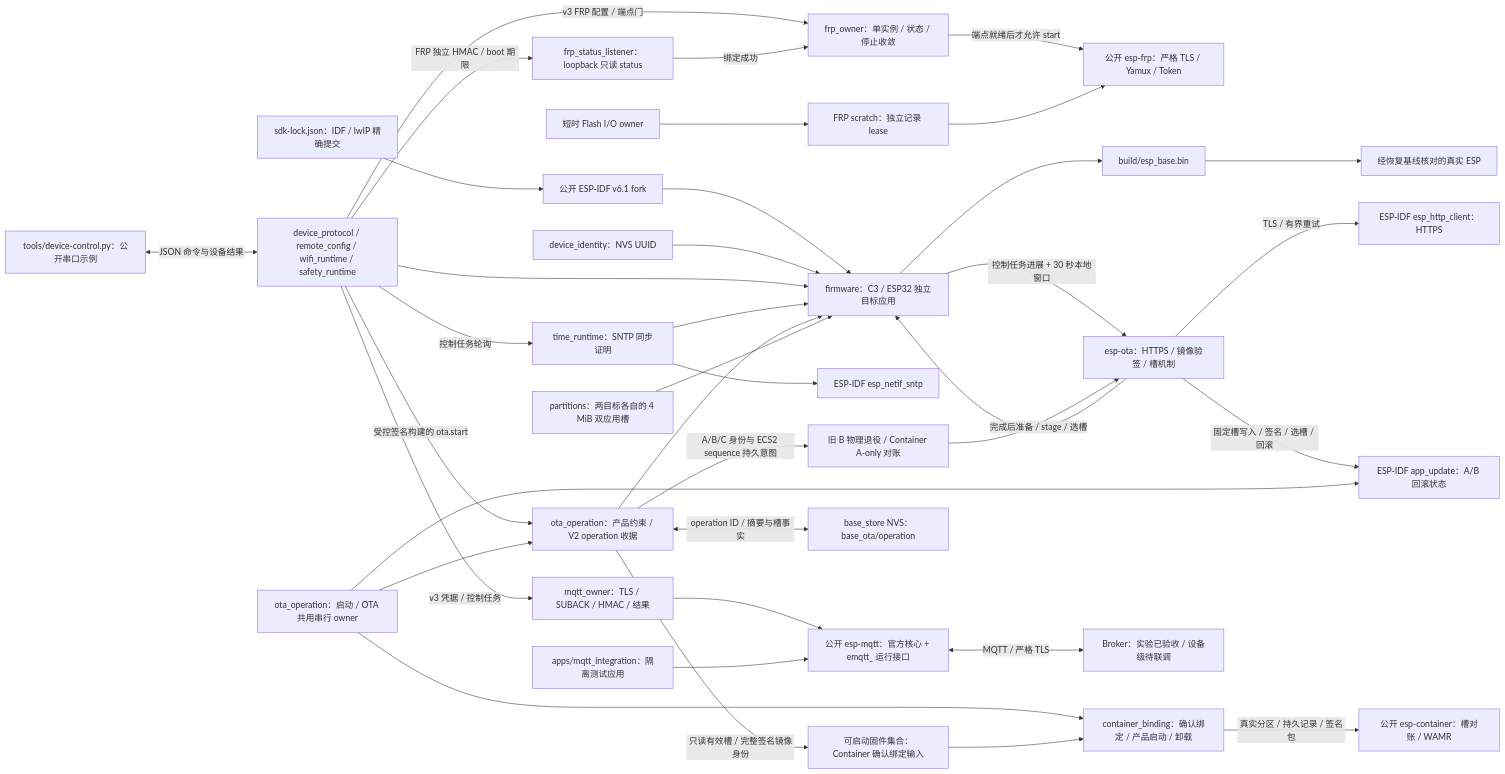
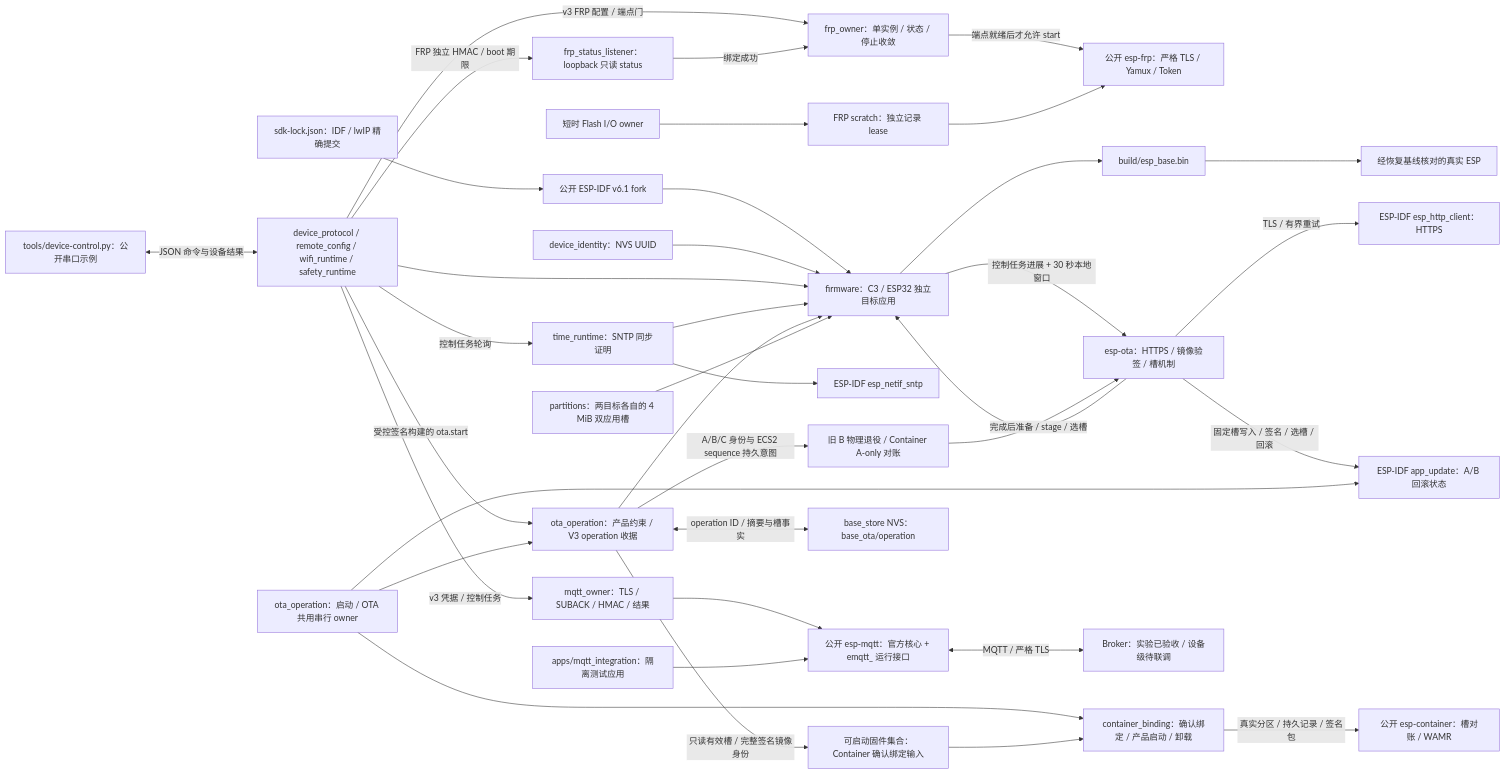
The diagram in README.md (darren-you/esp-base), drawn with Mermaid before and after one commit. The commit also changed other lines of this file and 15 other files, not shown here.

Commit message:
扩展 OTA V3 持久意图并保守阻断带包恢复

````diff
--- a/README.md
+++ b/README.md
@@ -87,39 +89,39 @@
 ```mermaid
 flowchart LR
     sdk_lock["sdk-lock.json：IDF / lwIP 精确提交"] --> sdk["公开 ESP-IDF v6.1 fork"]
     sdk --> firmware["firmware：C3 / ESP32 独立目标应用"]
     identity["device_identity：NVS UUID"] --> firmware
     state["device_protocol / remote_config / wifi_runtime / safety_runtime"] --> firmware
     state -->|"v3 凭据 / 控制任务"| mqtt_owner["mqtt_owner：TLS / SUBACK / HMAC / 结果"]
     mqtt_owner --> mqtt
     state -->|"v3 FRP 配置 / 端点门"| frp_owner["frp_owner：单实例 / 状态 / 停止收敛"]
     state -->|"FRP 独立 HMAC / boot 期限"| frp_status["frp_status_listener：loopback 只读 status"]
     frp_status -->|"绑定成功"| frp_owner
     frp_owner -->|"端点就绪后才允许 start"| frp["公开 esp-frp：严格 TLS / Yamux / Token"]
     time["time_runtime：SNTP 同步证明"] --> firmware
     state -->|"控制任务轮询"| time
     time --> idf_time["ESP-IDF esp_netif_sntp"]
     ota["esp-ota：HTTPS / 镜像验签 / 槽机制"] --> firmware
-    receipt["ota_operation：产品约束 / V2 operation 收据"] --> firmware
+    receipt["ota_operation：产品约束 / V3 operation 收据"] --> firmware
     receipt -->|"只读有效槽 / 完整签名镜像身份"| image_set["可启动固件集合：Container 确认绑定输入"]
     firmware -->|"控制任务进展 + 30 秒本地窗口"| ota
     state -->|"受控签名构建的 ota.start"| receipt
     receipt -->|"A/B/C 身份与 ECS2 sequence 持久意图"| retire["旧 B 物理退役 / Container A-only 对账"]
     retire -->|"完成后准备 / stage / 选槽"| ota
     ota -->|"TLS / 有界重试"| https["ESP-IDF esp_http_client：HTTPS"]
     ota -->|"固定槽写入 / 签名 / 选槽 / 回滚"| slot["ESP-IDF app_update：A/B 回滚状态"]
     receipt <-->|"operation ID / 摘要与槽事实"| nvs["base_store NVS：base_ota/operation"]
     owner["ota_operation：启动 / OTA 共用串行 owner"] --> receipt
     owner --> slot
     io_owner["短时 Flash I/O owner"] --> scratch["FRP scratch：独立记录 lease"]
     scratch --> frp
     binding["container_binding：确认绑定 / 产品启动 / 卸载"] -->|"真实分区 / 持久记录 / 签名包"| container["公开 esp-container：槽对账 / WAMR"]
     owner --> binding
     image_set --> binding
     layout["partitions：两目标各自的 4 MiB 双应用槽"] --> firmware
     host["tools/device-control.py：公开串口示例"] <-->|"JSON 命令与设备结果"| state
     firmware --> image["build/esp_base.bin"]
     lab["apps/mqtt_integration：隔离测试应用"] --> mqtt["公开 esp-mqtt：官方核心 + emqtt_ 运行接口"]
     mqtt <-->|"MQTT / 严格 TLS"| broker["Broker：实验已验收 / 设备级待联调"]
     image --> board["经恢复基线核对的真实 ESP"]
 ```
````
